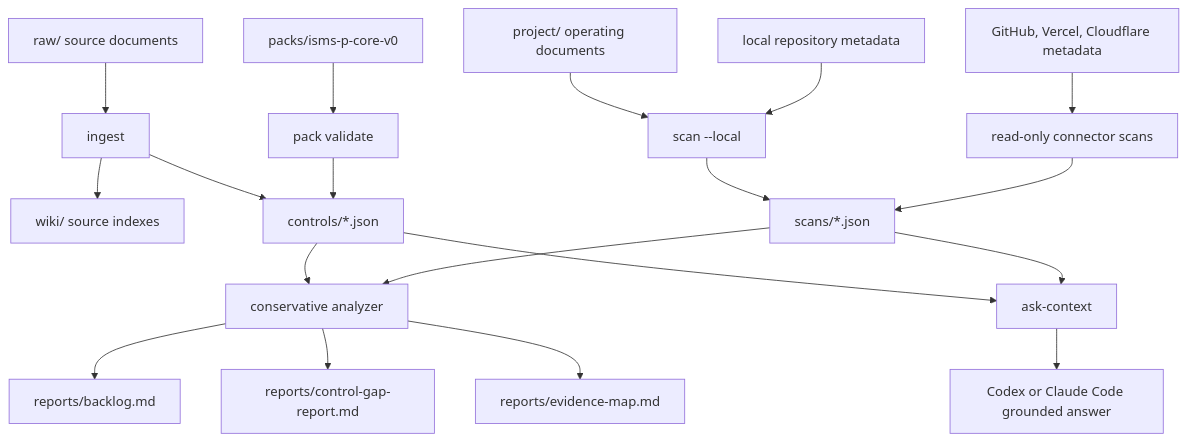
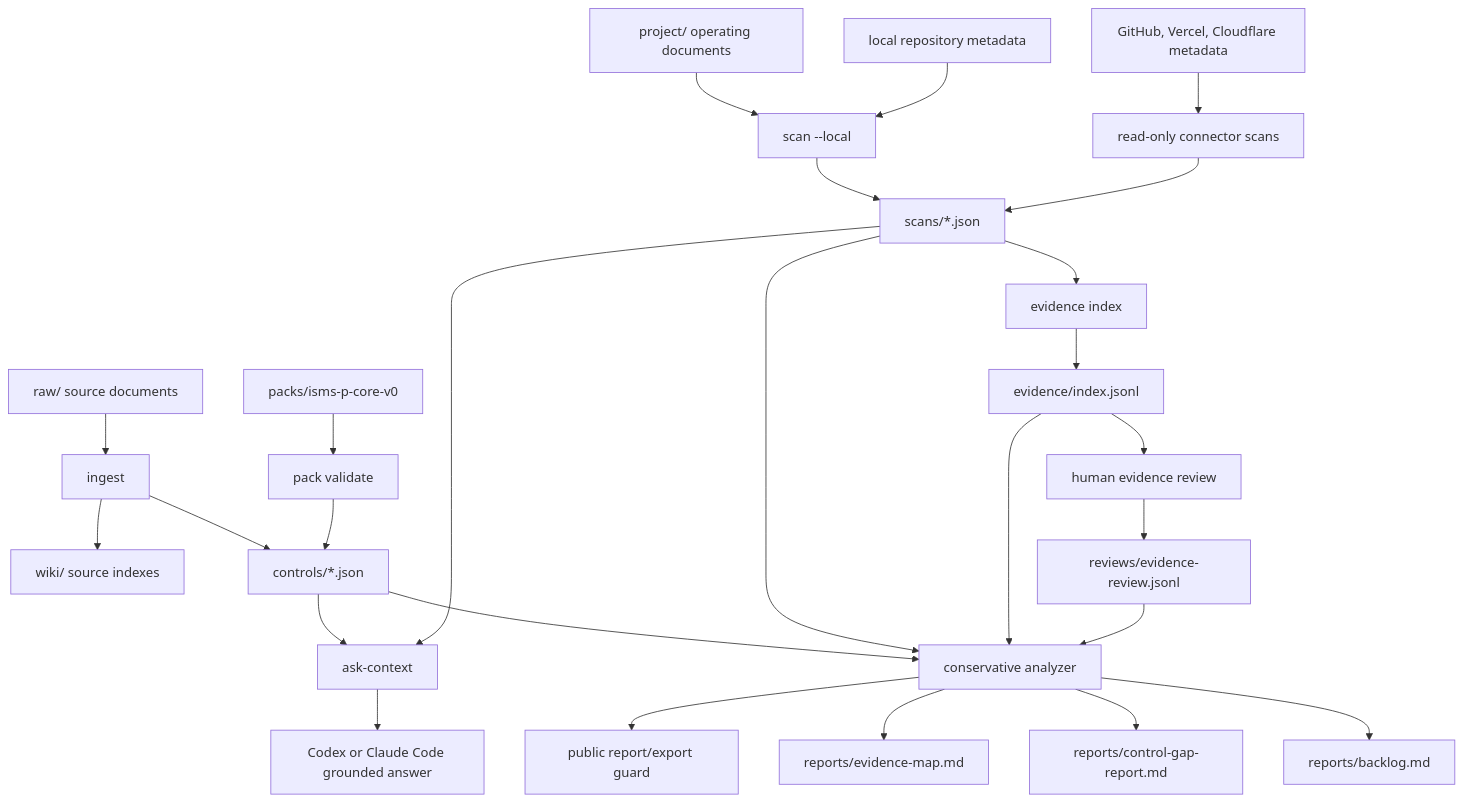
One commit to Ustay-coder/isms-p-agent changed the diagram in README.md. Above: the diagram before and after it, drawn with Mermaid. The commit also changed other lines of this file and 13 other files, not shown here.

Commit message:
Add evidence review public flow

````diff
--- a/README.md
+++ b/README.md
@@ -23,21 +23,28 @@
 ```mermaid
 flowchart TD
   A["raw/ source documents"] --> B["ingest"]
   B --> C["wiki/ source indexes"]
   B --> D["controls/*.json"]
   Q["packs/isms-p-core-v0"] --> R["pack validate"]
   R --> D
   E["project/ operating documents"] --> F["scan --local"]
   G["local repository metadata"] --> F
   H["GitHub, Vercel, Cloudflare metadata"] --> I["read-only connector scans"]
   F --> J["scans/*.json"]
   I --> J
+  J --> S["evidence index"]
+  S --> T["evidence/index.jsonl"]
+  T --> U["human evidence review"]
+  U --> V["reviews/evidence-review.jsonl"]
   D --> K["conservative analyzer"]
   J --> K
+  T --> K
+  V --> K
   K --> L["reports/backlog.md"]
   K --> M["reports/control-gap-report.md"]
   K --> N["reports/evidence-map.md"]
+  K --> W["public report/export guard"]
   D --> O["ask-context"]
   J --> O
   O --> P["Codex or Claude Code grounded answer"]
 ```
````
